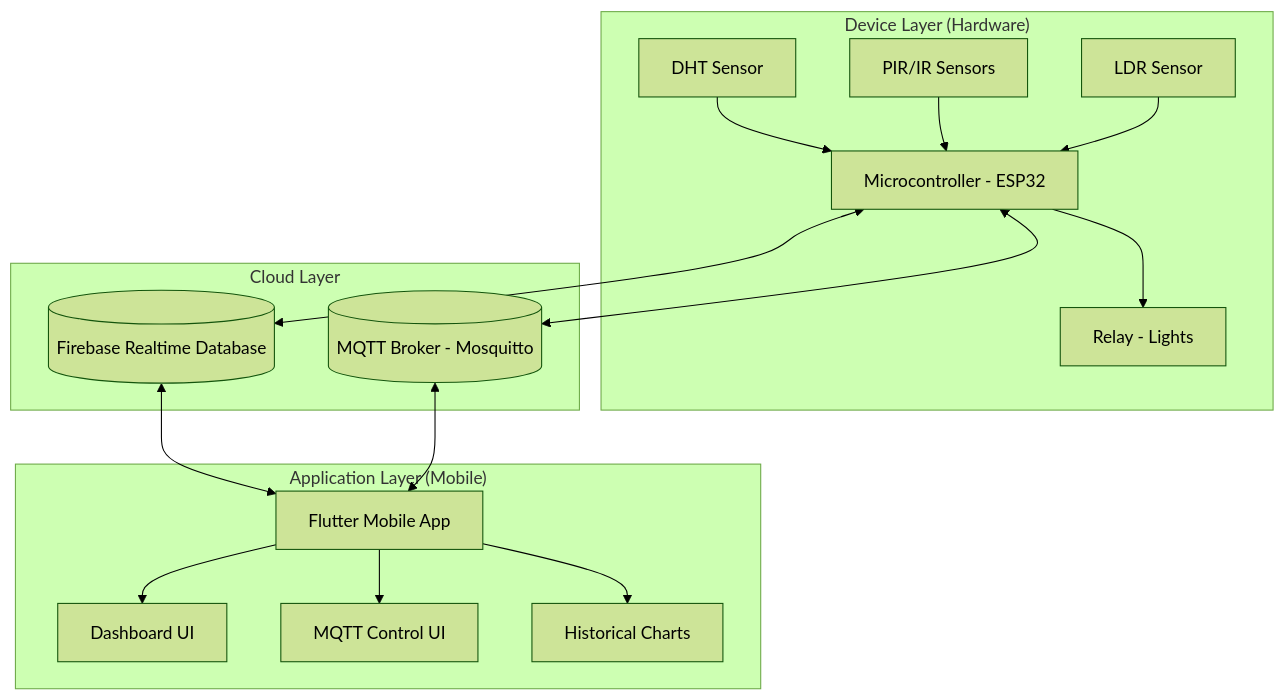
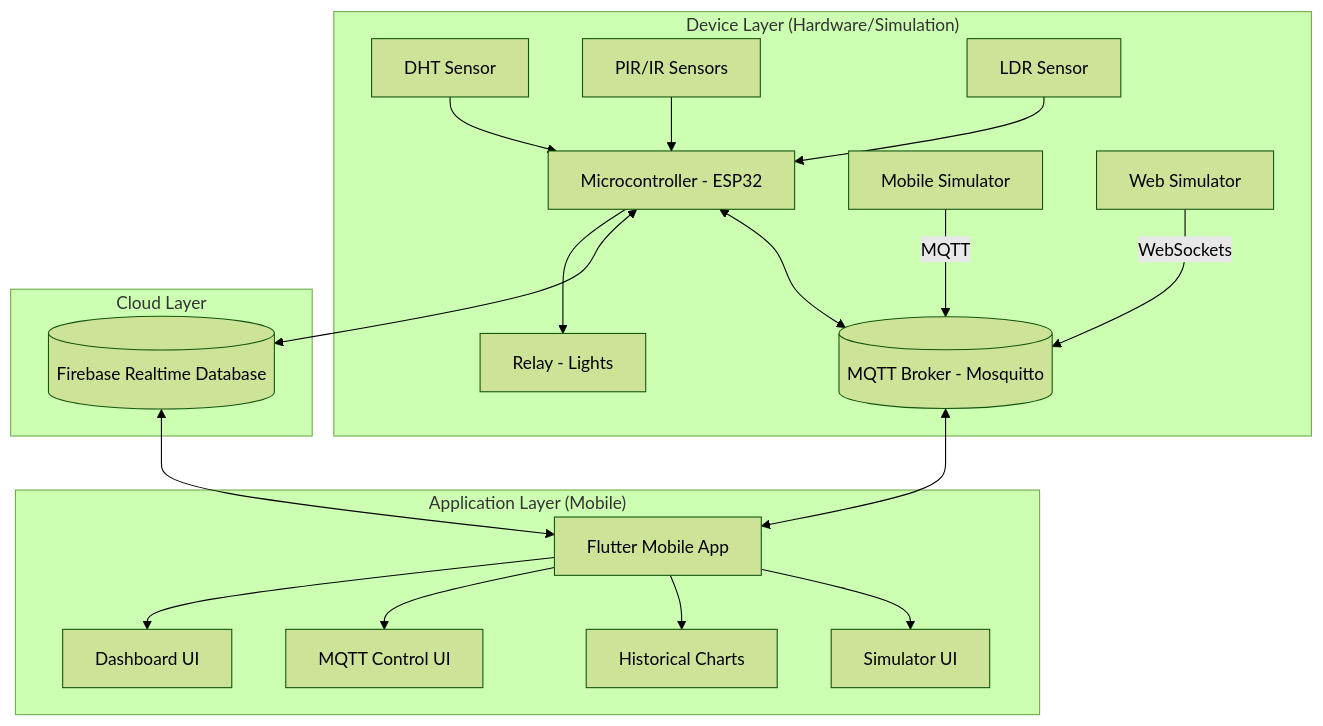
One commit to AbdelmenamAdel/Smart-Classroom-IOT changed the diagram in Project_Report.md. Above: the diagram before and after it, drawn with Mermaid (forest theme). The commit also changed other lines of this file and 2 other files, not shown here.

Commit message:
feat: integrate MQTT support, add dual-protocol simulators, and update project documentation

````diff
--- a/Project_Report.md
+++ b/Project_Report.md
@@ -64,22 +67,25 @@
 ```mermaid
 graph TD
-    subgraph "Device Layer (Hardware)"
+    subgraph "Device Layer (Hardware/Simulation)"
         S1[DHT Sensor] --> MCU[Microcontroller - ESP32]
         S2[PIR/IR Sensors] --> MCU
         S3[LDR Sensor] --> MCU
         MCU --> A1[Relay - Lights]
+        MS[Mobile Simulator] -- MQTT --> MQB
+        WS[Web Simulator] -- WebSockets --> MQB
     end
 
     subgraph "Cloud Layer"
         MCU <--> FRD[(Firebase Realtime Database)]
         MCU <--> MQB[(MQTT Broker - Mosquitto)]
     end
 
     subgraph "Application Layer (Mobile)"
         FRD <--> APP[Flutter Mobile App]
         MQB <--> APP
         APP --> UI[Dashboard UI]
         APP --> MQT[MQTT Control UI]
         APP --> CH[Historical Charts]
+        APP --> SD[Simulator UI]
     end
 ```
````
